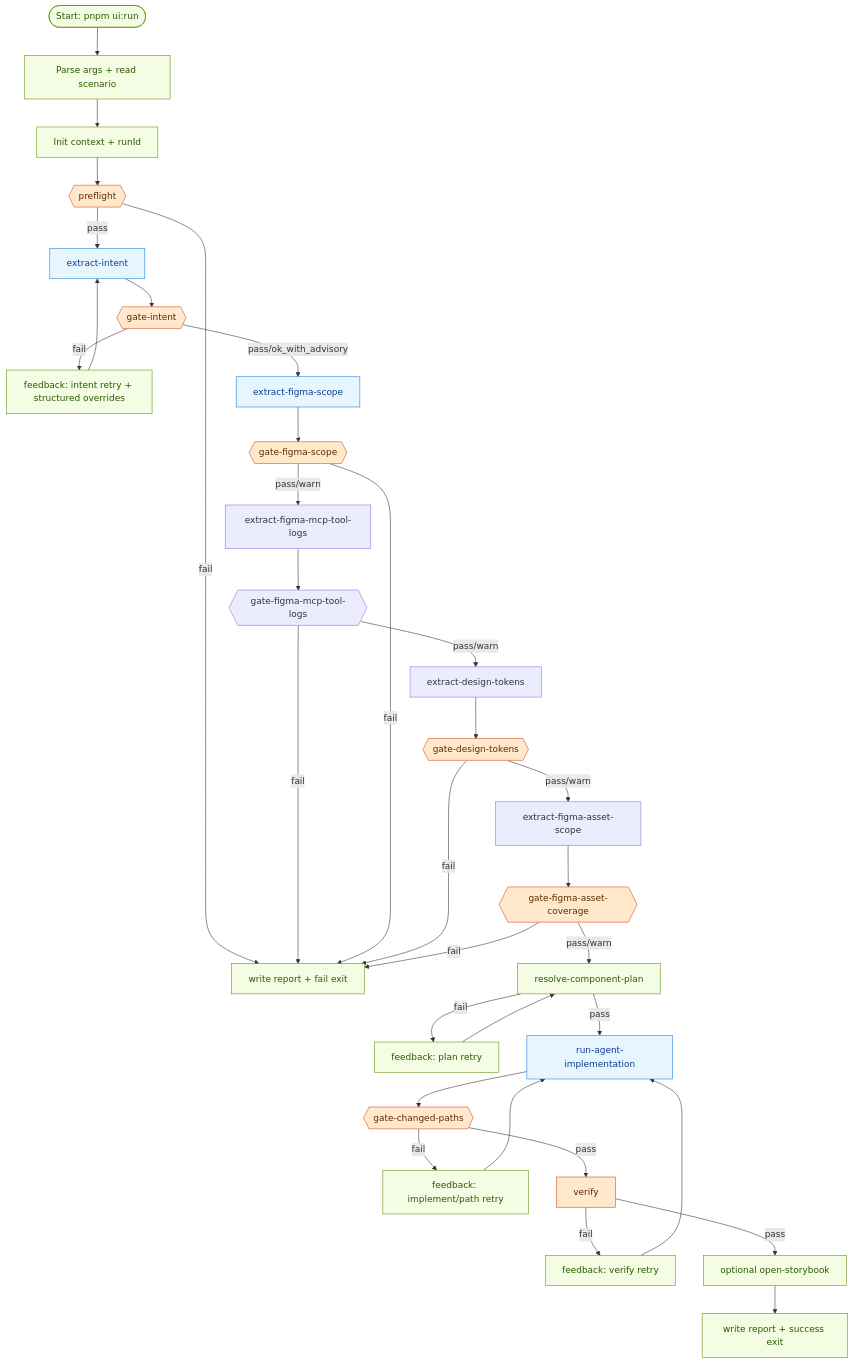
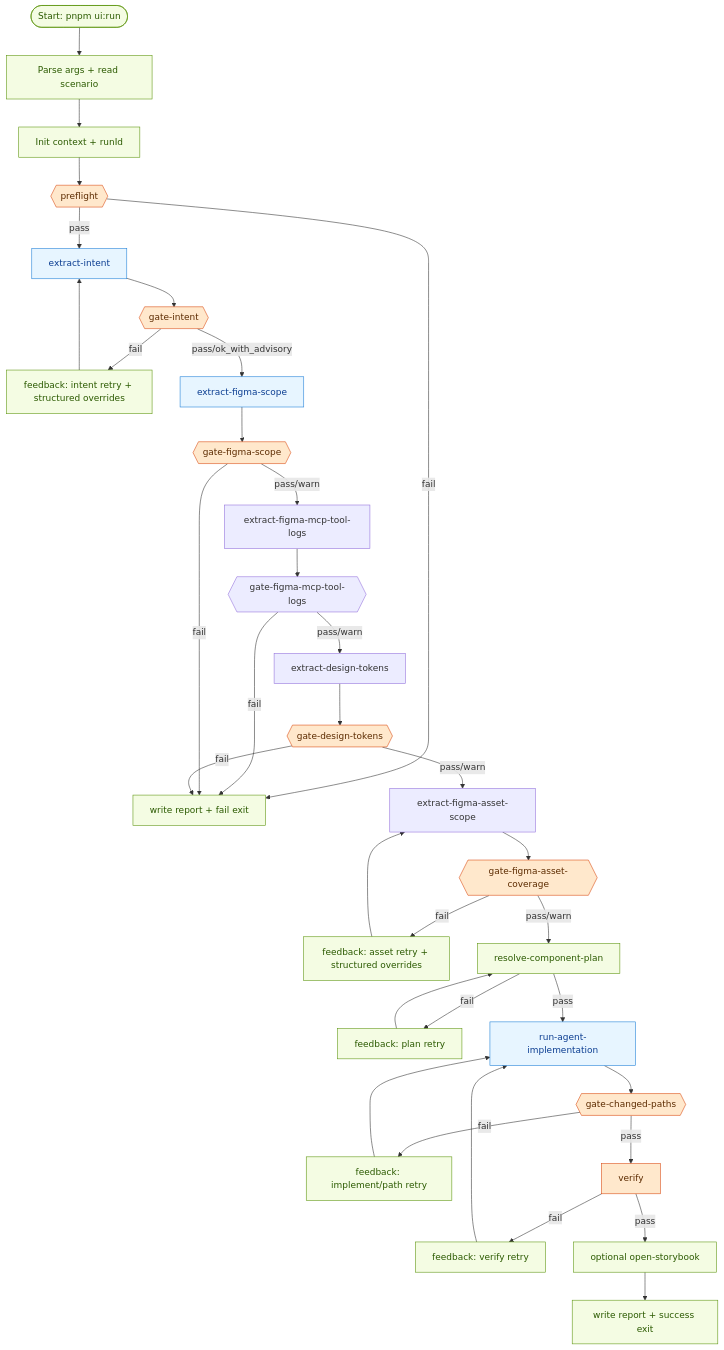
The first of 4 diagrams in orchestration/ui-components/README.md (TEAM-HOUME/HOUME-CLIENT), drawn with Mermaid before and after one commit. The commit also changed other lines of this file and 5 other files, not shown here.

````diff
--- a/orchestration/ui-components/README.md
+++ b/orchestration/ui-components/README.md
@@ -92,48 +92,49 @@
 ```mermaid
 flowchart TD
   A([Start: pnpm ui:run]) --> B[Parse args + read scenario]
   B --> C[Init context + runId]
   C --> D{{preflight}}
 
   D -- fail --> Z1[write report + fail exit]
   D -- pass --> DI[extract-intent]
   DI --> DG{{gate-intent}}
   DG -- fail --> DR[feedback: intent retry + structured overrides]
   DR --> DI
   DG -- pass/ok_with_advisory --> E[extract-figma-scope]
 
   E --> F{{gate-figma-scope}}
   F -- pass/warn --> G0[extract-figma-mcp-tool-logs]
   G0 --> G1{{gate-figma-mcp-tool-logs}}
   G1 -- pass/warn --> G[extract-design-tokens]
   G1 -- fail --> Z1
   F -- fail --> Z1
 
   G --> H{{gate-design-tokens}}
   H -- fail --> Z1
   H -- pass/warn --> HA[extract-figma-asset-scope]
   HA --> HB{{gate-figma-asset-coverage}}
-  HB -- fail --> Z1
+  HB -- fail --> HR[feedback: asset retry + structured overrides]
+  HR --> HA
   HB -- pass/warn --> I[resolve-component-plan]
 
   I -- fail --> IR[feedback: plan retry]
   IR --> I
   I -- pass --> K[run-agent-implementation]
 
   K --> L{{gate-changed-paths}}
   L -- fail --> KR[feedback: implement/path retry]
   KR --> K
   L -- pass --> O[verify]
 
   O -- fail --> VR[feedback: verify retry]
   VR --> K
   O -- pass --> P[optional open-storybook]
   P --> Q[write report + success exit]
 
   classDef gate fill:#ffe8cc,stroke:#d9480f,color:#5c2b00;
   classDef agent fill:#e7f5ff,stroke:#1c7ed6,color:#0b3d91;
   classDef local fill:#f4fce3,stroke:#5c940d,color:#2b5a00;
   class D,DG,F,H,HB,L,O gate;
   class DI,E,K agent;
-  class A,B,C,P,Q,Z1,I,DR,IR,KR,VR local;
+  class A,B,C,P,Q,Z1,I,DR,HR,IR,KR,VR local;
 ```
````
